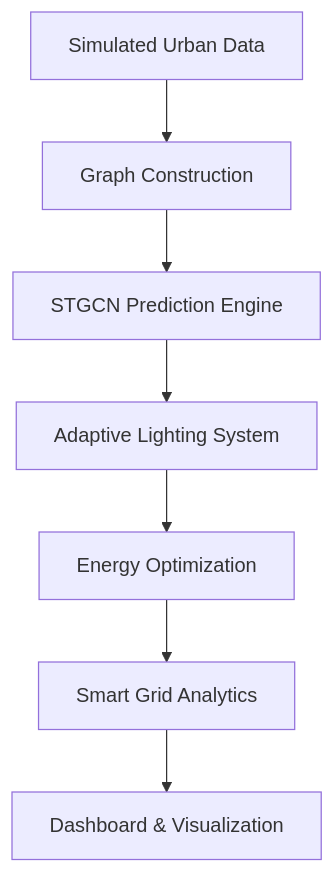
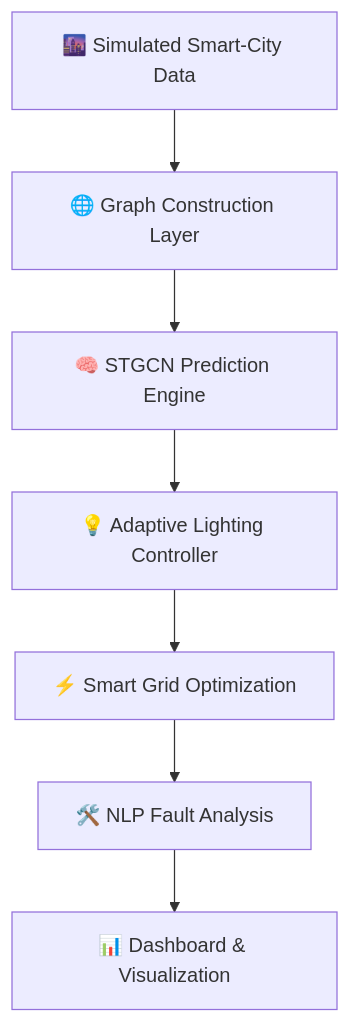
Before and after one commit to elbotiimrane/Lumina-Smart-Grid: the diagram in README.md, drawn with Mermaid. The commit also changed other lines of this file, not shown here.

````diff
--- a/README.md
+++ b/README.md
@@ -93,10 +134,10 @@
 ```mermaid
 graph TD
 
-A[Simulated Urban Data] --> B[Graph Construction]
-B --> C[STGCN Prediction Engine]
-C --> D[Adaptive Lighting System]
-D --> E[Energy Optimization]
-E --> F[Smart Grid Analytics]
-F --> G[Dashboard & Visualization]
+A[🌆 Simulated Smart-City Data] --> B[🌐 Graph Construction Layer]
+B --> C[🧠 STGCN Prediction Engine]
+C --> D[💡 Adaptive Lighting Controller]
+D --> E[⚡ Smart Grid Optimization]
+E --> F[🛠️ NLP Fault Analysis]
+F --> G[📊 Dashboard & Visualization]
 ```
````
